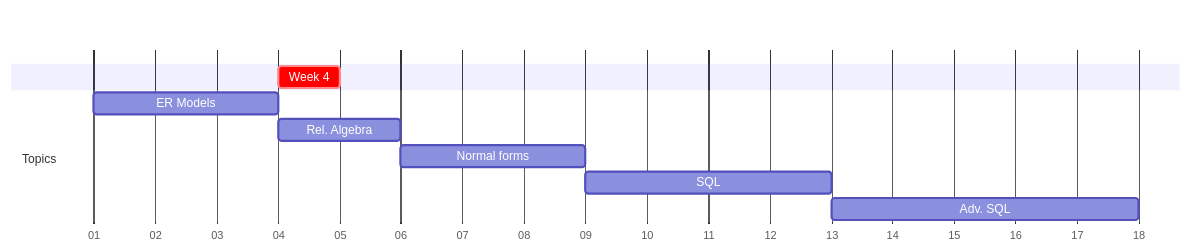
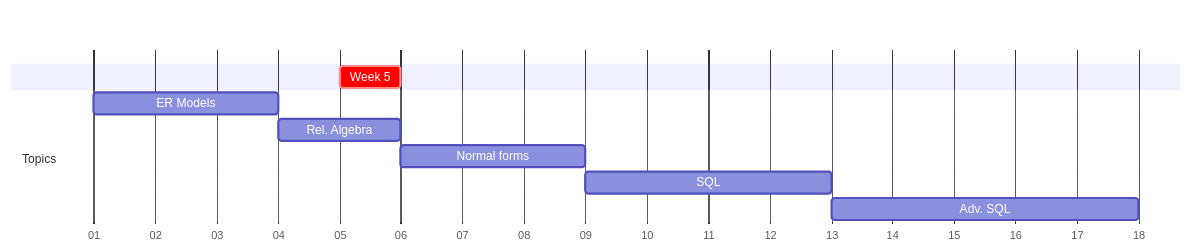
The diagram in fa2024/lectures/week-mermaid.mmd (lowkeylabs/cmsc408-course-admin), drawn with Mermaid before and after one commit. The commit also changed 189 other files, not shown here.

```diff
--- a/fa2024/lectures/week-mermaid.mmd
+++ b/fa2024/lectures/week-mermaid.mmd
@@ -1,14 +1,14 @@
 
 gantt
     dateFormat  M/DD/YYYY
     axisFormat  %W
 
     section    
-    Week 4 : crit, weekblock, 1/28/2024, 1w
+    Week 5 : crit, weekblock, 2/4/2024, 1w
 
     section Topics
     ER Models : m1, 1/7/2024, 3w
     Rel. Algebra: m4, after m1, 2w
     Normal forms: m5, after m4, 3w
     SQL : m6, after m5, 4w
     Adv. SQL: m7, after m6, 5w
```
